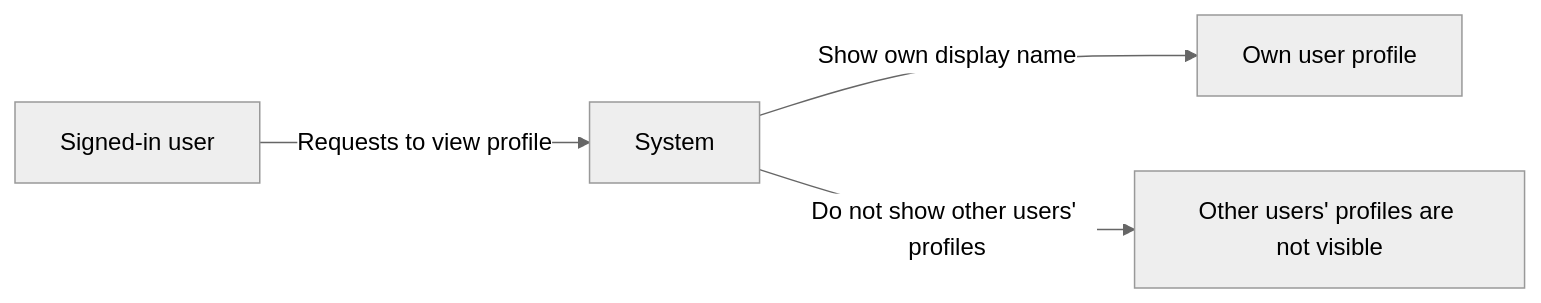
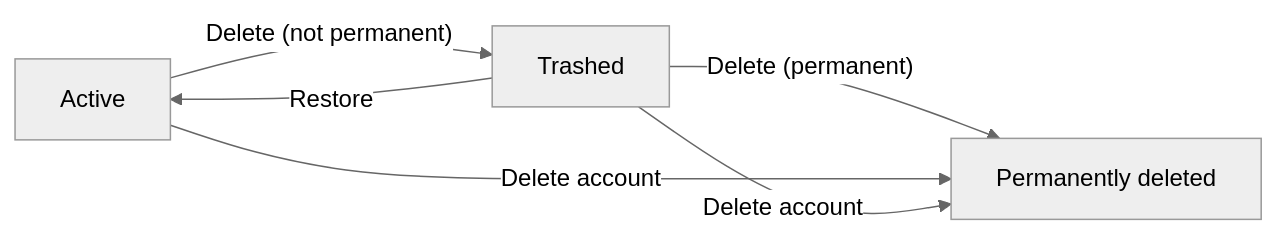
One commit to wrtnlabs/autobe-examples changed the first of 3 diagrams in openai/gpt-5.4-nano/todo/docs/analysis/02-domain-model.md. Above: the diagram before and after it, drawn with Mermaid (neutral theme). The commit also changed other lines of this file and 32093 other files, not shown here.

````diff
--- a/openai/gpt-5.4-nano/todo/docs/analysis/02-domain-model.md
+++ b/openai/gpt-5.4-nano/todo/docs/analysis/02-domain-model.md
@@ -111,6 +375,8 @@
 ```mermaid
 flowchart LR
-    U1["Signed-in user"] -->|"Requests to view profile"| S["System"]
-    S -->|"Show own display name"| P1["Own user profile"]
-    S -->|"Do not show other users' profiles"| P2["Other users' profiles are not visible"]
+    A["Active"] -->|"Delete (not permanent)"| B["Trashed"]
+    B -->|"Restore"| A
+    B -->|"Delete (permanent)"| C["Permanently deleted"]
+    A -->|"Delete account"| C
+    B -->|"Delete account"| C
 ```
````
